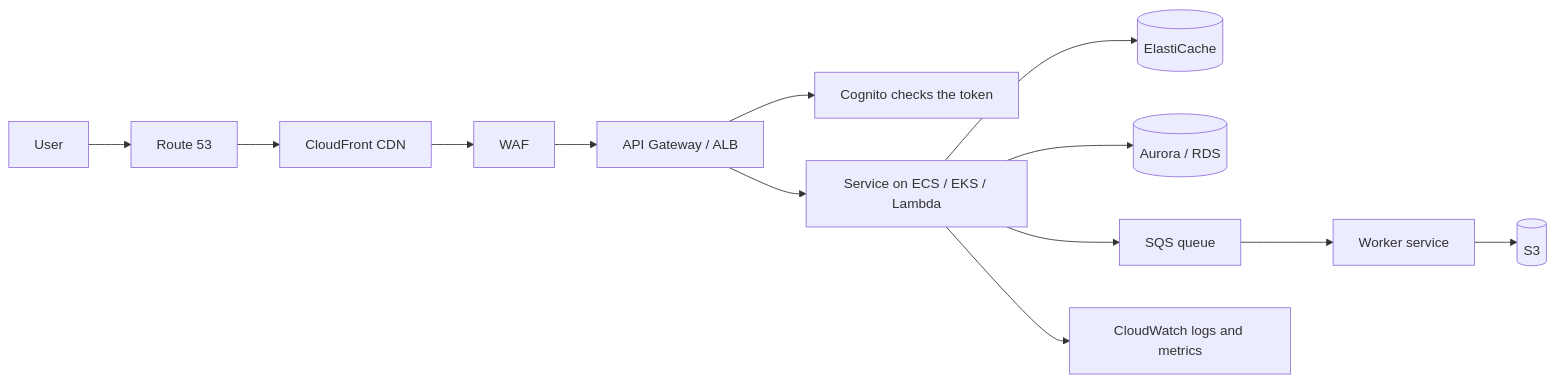
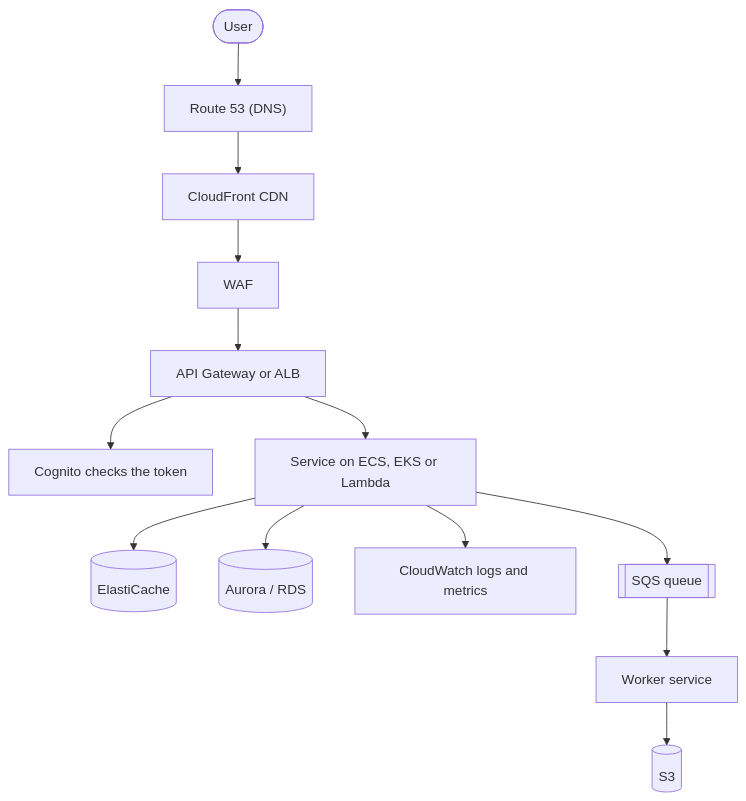
One commit to Charikshith/AI_Library changed diagram 12 of 12 in notes/system-design/markdown/6 - Scalability in System Design.md. Above: the diagram before and after it, drawn with Mermaid. The commit also changed 37 other files, not shown here.

Commit message:
update: convert 47 text diagrams to Mermaid, re-lay-out wide diagrams, fix broken edge labels and Gantt durations

````diff
--- a/notes/system-design/markdown/6 - Scalability in System Design.md
+++ b/notes/system-design/markdown/6 - Scalability in System Design.md
@@ -777,15 +777,10 @@
 ```mermaid
-flowchart LR
-    U[User] --> R53[Route 53]
-    R53 --> CF[CloudFront CDN]
-    CF --> WAF[WAF]
-    WAF --> APIGW[API Gateway / ALB]
-    APIGW --> COG[Cognito checks the token]
-    APIGW --> SVC["Service on ECS / EKS / Lambda"]
-    SVC --> CACHE[(ElastiCache)]
-    SVC --> DB[(Aurora / RDS)]
-    SVC --> Q[SQS queue]
-    Q --> W[Worker service]
-    W --> S3[(S3)]
-    SVC --> CW[CloudWatch logs and metrics]
+flowchart TB
+    U([User]) --> R53["Route 53 (DNS)"] --> CF["CloudFront CDN"] --> WAF["WAF"] --> GW["API Gateway or ALB"]
+    GW --> COG["Cognito checks the token"]
+    GW --> SVC["Service on ECS, EKS or Lambda"]
+    SVC --> CACHE[("ElastiCache")]
+    SVC --> DB[("Aurora / RDS")]
+    SVC --> CW["CloudWatch logs and metrics"]
+    SVC --> Q[["SQS queue"]] --> W["Worker service"] --> S3[("S3")]
 ```
````
